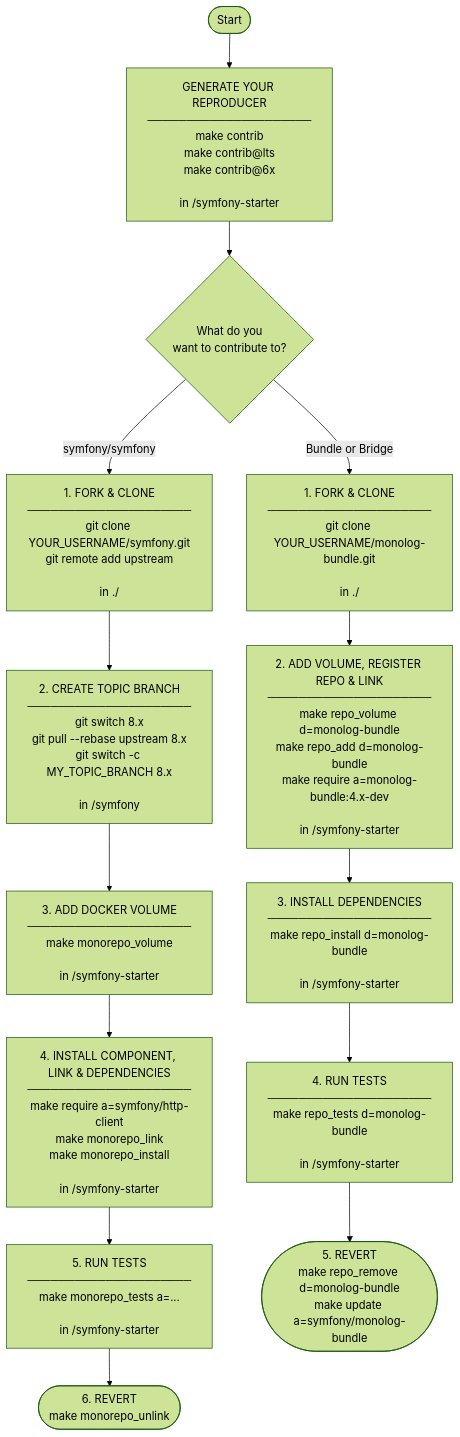
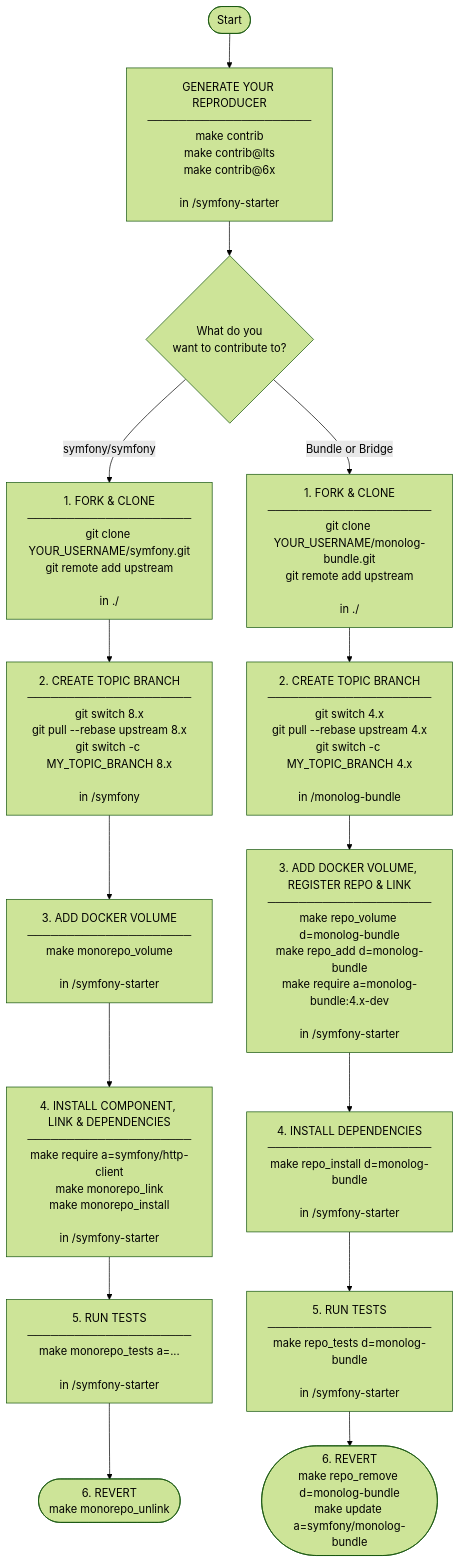
Before and after one commit to jprivet-dev/symfony-starter: the diagram in .starter/docs/contrib.md, drawn with Mermaid (forest theme). The commit also changed other lines of this file, not shown here.

Commit message:
docs(contrib): complete topic branch creation

````diff
--- a/.starter/docs/contrib.md
+++ b/.starter/docs/contrib.md
@@ -202,46 +220,32 @@
 ```mermaid
 flowchart TD
-    START([Start]) --> REPRODUCER
-
-    REPRODUCER["GENERATE YOUR REPRODUCER\n─────────────────────\nmake contrib\nmake contrib@lts\nmake contrib@6x\n\nin /symfony-starter"]
-
-    REPRODUCER --> CHOICE{What do you\nwant to contribute to?}
-
-    CHOICE -->|symfony/symfony| M1
-    CHOICE -->|Bundle or Bridge| B1
-
-    %% ── MONOREPO WORKFLOW ──────────────────────────────────────
-
-    M1["1. FORK & CLONE\n─────────────────────\ngit clone YOUR_USERNAME/symfony.git\ngit remote add upstream\n\nin ./"]
-    M1 --> M2
-
-    M2["2. CREATE TOPIC BRANCH\n─────────────────────\ngit switch 8.x\ngit pull --rebase upstream 8.x\ngit switch -c MY_TOPIC_BRANCH 8.x\n\nin /symfony"]
-    M2 --> M3
-
-    M3["3. ADD DOCKER VOLUME\n─────────────────────\nmake monorepo_volume\n\nin /symfony-starter"]
-    M3 --> M4
-
-    M4["4. INSTALL COMPONENT, LINK & DEPENDENCIES\n─────────────────────\nmake require a=symfony/http-client\nmake monorepo_link\nmake monorepo_install\n\nin /symfony-starter"]
-    M4 --> M5
-
-    M5["5. RUN TESTS\n─────────────────────\nmake monorepo_tests a=...\n\nin /symfony-starter"]
-    M5 --> M6
-
-    M6(["6. REVERT\nmake monorepo_unlink"])
-
-    %% ── BUNDLE WORKFLOW ────────────────────────────────────────
-
-    B1["1. FORK & CLONE\n─────────────────────\ngit clone YOUR_USERNAME/monolog-bundle.git\n\nin ./"]
-    B1 --> B2
-
-    B2["2. ADD VOLUME, REGISTER REPO & LINK\n─────────────────────\nmake repo_volume d=monolog-bundle\nmake repo_add d=monolog-bundle\nmake require a=monolog-bundle:4.x-dev\n\nin /symfony-starter"]
-    B2 --> B3
-
-    B3["3. INSTALL DEPENDENCIES\n─────────────────────\nmake repo_install d=monolog-bundle\n\nin /symfony-starter"]
-    B3 --> B4
-
-    B4["4. RUN TESTS\n─────────────────────\nmake repo_tests d=monolog-bundle\n\nin /symfony-starter"]
-    B4 --> B5
-
-    B5(["5. REVERT\nmake repo_remove d=monolog-bundle\nmake update a=symfony/monolog-bundle"])
+  START([Start]) --> REPRODUCER
+  REPRODUCER["GENERATE YOUR REPRODUCER\n─────────────────────\nmake contrib\nmake contrib@lts\nmake contrib@6x\n\nin /symfony-starter"]
+  REPRODUCER --> CHOICE{What do you\nwant to contribute to?}
+  CHOICE -->|symfony/symfony| M1
+  CHOICE -->|Bundle or Bridge| B1
+%% ── MONOREPO WORKFLOW ──────────────────────────────────────
+  M1["1. FORK & CLONE\n─────────────────────\ngit clone YOUR_USERNAME/symfony.git\ngit remote add upstream\n\nin ./"]
+  M1 --> M2
+  M2["2. CREATE TOPIC BRANCH\n─────────────────────\ngit switch 8.x\ngit pull --rebase upstream 8.x\ngit switch -c MY_TOPIC_BRANCH 8.x\n\nin /symfony"]
+  M2 --> M3
+  M3["3. ADD DOCKER VOLUME\n─────────────────────\nmake monorepo_volume\n\nin /symfony-starter"]
+  M3 --> M4
+  M4["4. INSTALL COMPONENT, LINK & DEPENDENCIES\n─────────────────────\nmake require a=symfony/http-client\nmake monorepo_link\nmake monorepo_install\n\nin /symfony-starter"]
+  M4 --> M5
+  M5["5. RUN TESTS\n─────────────────────\nmake monorepo_tests a=...\n\nin /symfony-starter"]
+  M5 --> M6
+  M6(["6. REVERT\nmake monorepo_unlink"])
+%% ── BUNDLE WORKFLOW ────────────────────────────────────────
+  B1["1. FORK & CLONE\n─────────────────────\ngit clone YOUR_USERNAME/monolog-bundle.git\ngit remote add upstream\n\nin ./"]
+  B1 --> B2
+  B2["2. CREATE TOPIC BRANCH\n─────────────────────\ngit switch 4.x\ngit pull --rebase upstream 4.x\ngit switch -c MY_TOPIC_BRANCH 4.x\n\nin /monolog-bundle"]
+  B2 --> B3
+  B3["3. ADD DOCKER VOLUME, REGISTER REPO & LINK\n─────────────────────\nmake repo_volume d=monolog-bundle\nmake repo_add d=monolog-bundle\nmake require a=monolog-bundle:4.x-dev\n\nin /symfony-starter"]
+  B3 --> B4
+  B4["4. INSTALL DEPENDENCIES\n─────────────────────\nmake repo_install d=monolog-bundle\n\nin /symfony-starter"]
+  B4 --> B5
+  B5["5. RUN TESTS\n─────────────────────\nmake repo_tests d=monolog-bundle\n\nin /symfony-starter"]
+  B5 --> B6
+  B6(["6. REVERT\nmake repo_remove d=monolog-bundle\nmake update a=symfony/monolog-bundle"])
 ```
````
